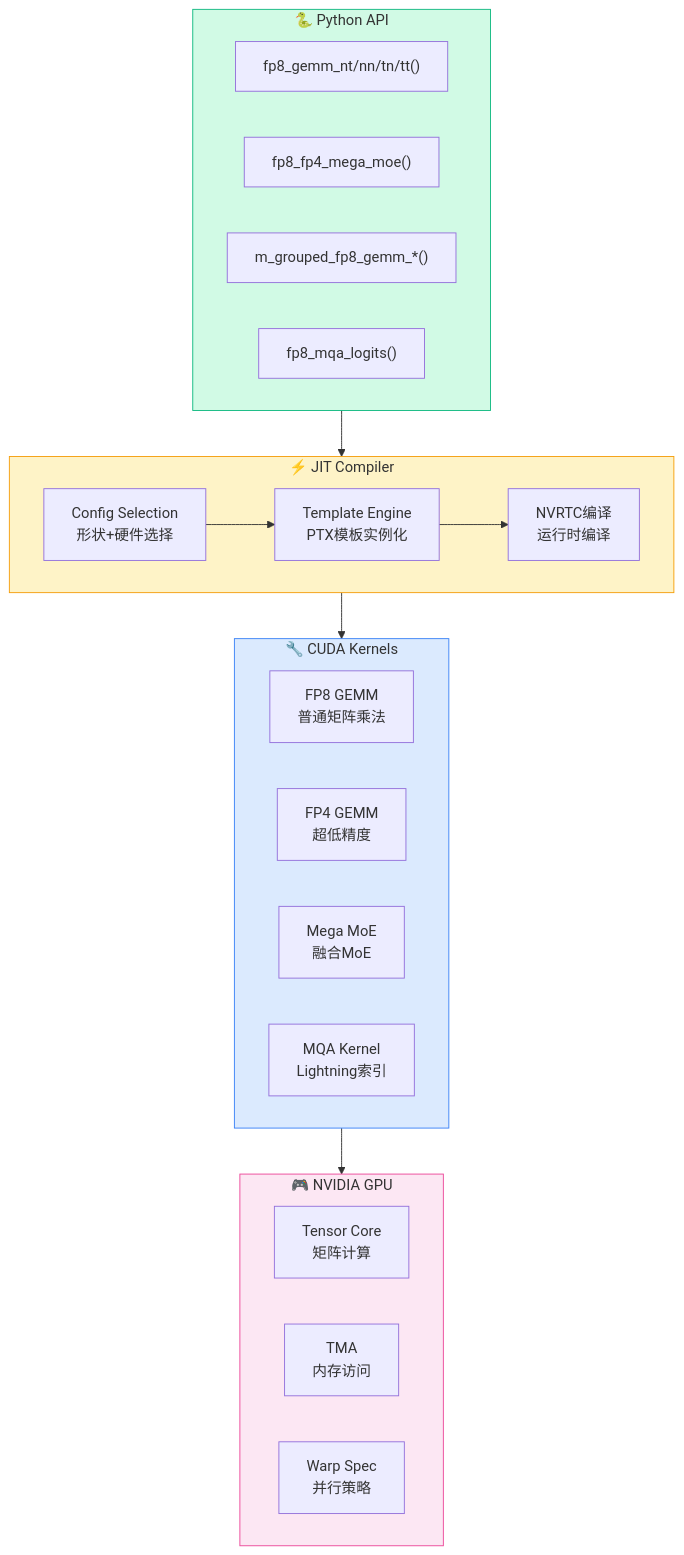
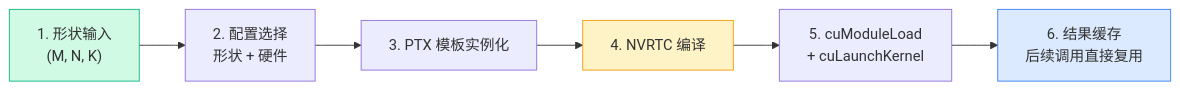
Before and after one commit to A1pha3/text-matrix: the third of 6 diagrams in content/posts/tech/deepgemm-high-performance-fp8-gemm-kernels.md, drawn with Mermaid. The commit also changed other lines of this file and 25 other files, not shown here.

````diff
--- a/content/posts/tech/deepgemm-high-performance-fp8-gemm-kernels.md
+++ b/content/posts/tech/deepgemm-high-performance-fp8-gemm-kernels.md
@@ -185,39 +182,12 @@
 ```mermaid
-flowchart TB
-    subgraph Python [🐍 Python API]
-        GEMM["fp8_gemm_nt/nn/tn/tt()"]
-        MOE["fp8_fp4_mega_moe()"]
-        GROUP["m_grouped_fp8_gemm_*()"]
-        MQA["fp8_mqa_logits()"]
-    end
+flowchart LR
+    S1["1. 形状输入<br/>(M, N, K)"] --> S2["2. 配置选择<br/>形状 + 硬件"]
+    S2 --> S3["3. PTX 模板实例化"]
+    S3 --> S4["4. NVRTC 编译"]
+    S4 --> S5["5. cuModuleLoad<br/>+ cuLaunchKernel"]
+    S5 --> S6["6. 结果缓存<br/>后续调用直接复用"]
 
-    subgraph JIT [⚡ JIT Compiler]
-        CONFIG["Config Selection<br/>形状+硬件选择"]
-        TEMPLATE["Template Engine<br/>PTX模板实例化"]
-        NVRTC["NVRTC编译<br/>运行时编译"]
-
-        CONFIG --> TEMPLATE --> NVRTC
-    end
-
-    subgraph Kernels [🔧 CUDA Kernels]
-        FP8G["FP8 GEMM<br/>普通矩阵乘法"]
-        FP4G["FP4 GEMM<br/>超低精度"]
-        MEGA["Mega MoE<br/>融合MoE"]
-        MQAK["MQA Kernel<br/>Lightning索引"]
-    end
-
-    subgraph Hardware [🎮 NVIDIA GPU]
-        TC["Tensor Core<br/>矩阵计算"]
-        TMA["TMA<br/>内存访问"]
-        WARP["Warp Spec<br/>并行策略"]
-    end
-
-    Python --> JIT
-    JIT --> Kernels
-    Kernels --> Hardware
-
-    style Python fill:#d1fae5,stroke:#10b981
-    style JIT fill:#fef3c7,stroke:#f59e0b
-    style Kernels fill:#dbeafe,stroke:#3b82f6
-    style Hardware fill:#fce7f3,stroke:#ec4899
+    style S1 fill:#d1fae5,stroke:#10b981
+    style S4 fill:#fef3c7,stroke:#f59e0b
+    style S6 fill:#dbeafe,stroke:#3b82f6
 ```
````
